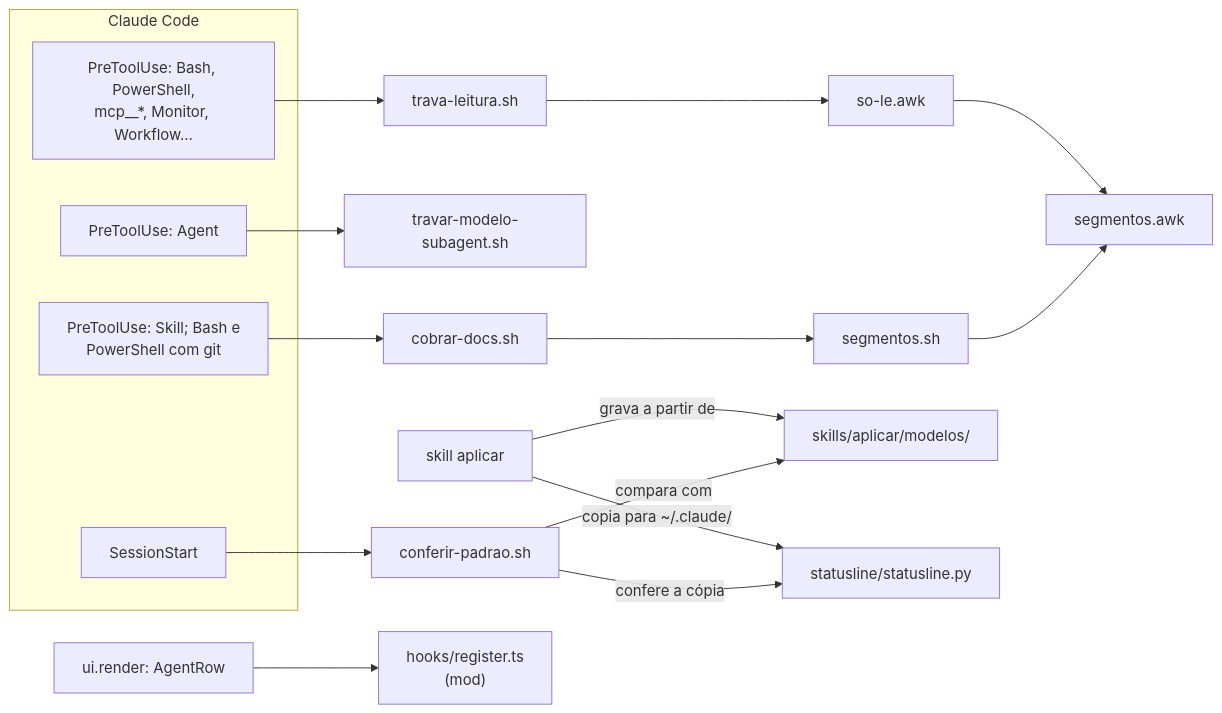
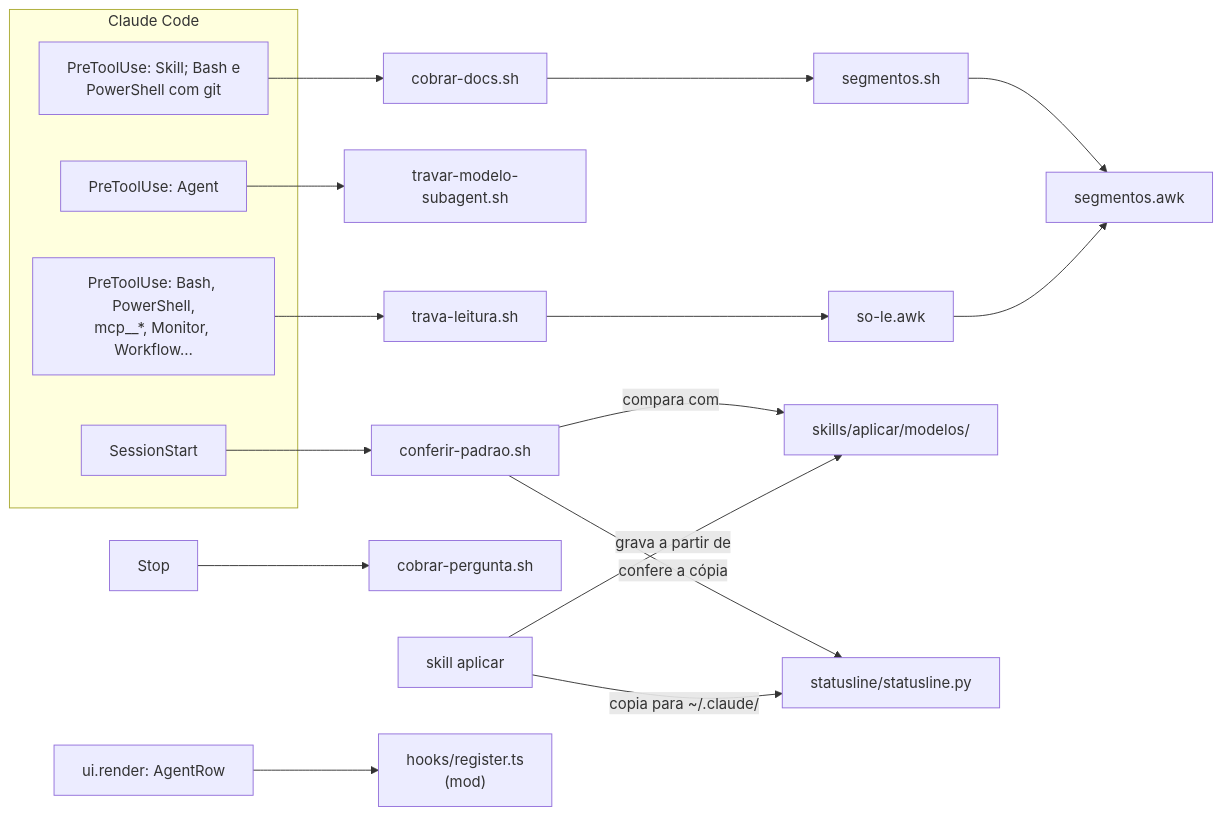
Before and after one commit to Kortek-Tecnologia/claude-padrao: the first of 5 diagrams in docs/como-funciona.md, drawn with Mermaid. The commit also changed other lines of this file and 14 other files, not shown here.

````diff
--- a/docs/como-funciona.md
+++ b/docs/como-funciona.md
@@ -8,18 +8,19 @@
 ```mermaid
 flowchart LR
   subgraph CC["Claude Code"]
     SS["SessionStart"]
     AG["PreToolUse: Agent"]
     BT["PreToolUse: Bash, PowerShell,<br/>mcp__*, Monitor, Workflow…"]
     GC["PreToolUse: Skill; Bash e<br/>PowerShell com git"]
   end
   SS --> CP["conferir-padrao.sh"]
   AG --> TM["travar-modelo-subagent.sh"]
   BT --> TL["trava-leitura.sh"] --> SL["so-le.awk"] --> SG["segmentos.awk"]
   GC --> CD["cobrar-docs.sh"] --> SH["segmentos.sh"] --> SG
+  ST0["Stop"] --> CPG["cobrar-pergunta.sh"]
   AP["skill aplicar"] -->|"grava a partir de"| MOD["skills/aplicar/modelos/"]
   CP -->|"compara com"| MOD
   AP -->|"copia para ~/.claude/"| ST["statusline/statusline.py"]
   CP -->|"confere a cópia"| ST
   UI["ui.render: AgentRow"] --> RT["hooks/register.ts<br/>(mod)"]
 ```
````
